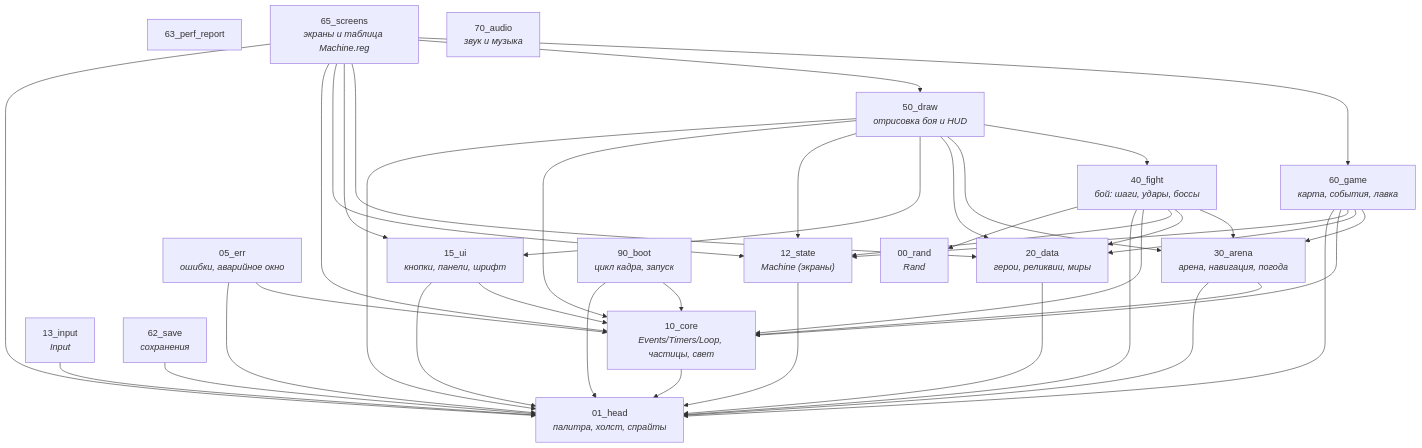
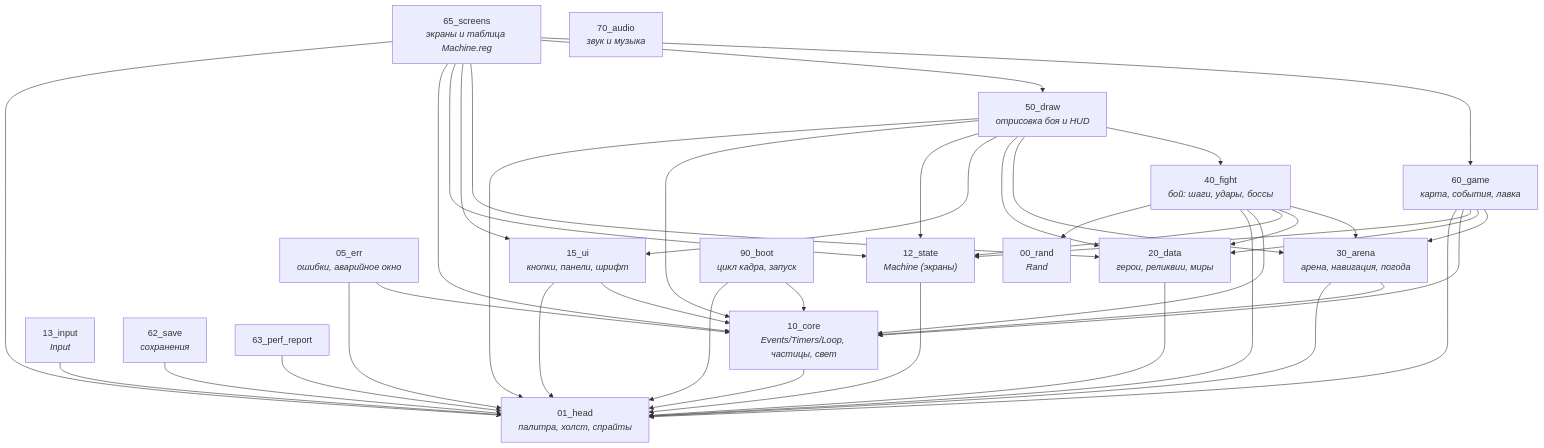
Before and after one commit to pampirapik2008-del/-: the first of 2 diagrams in docs/ARCHITECTURE.md, drawn with Mermaid. The commit also changed other lines of this file and 12 other files, not shown here.

````diff
--- a/docs/ARCHITECTURE.md
+++ b/docs/ARCHITECTURE.md
@@ -53,58 +53,59 @@
 ```mermaid
 flowchart TB
     00_rand["00_rand<br/><i>Rand</i>"]
     01_head["01_head<br/><i>палитра, холст, спрайты</i>"]
     05_err["05_err<br/><i>ошибки, аварийное окно</i>"]
     10_core["10_core<br/><i>Events/Timers/Loop, частицы, свет</i>"]
     12_state["12_state<br/><i>Machine (экраны)</i>"]
     13_input["13_input<br/><i>Input</i>"]
     15_ui["15_ui<br/><i>кнопки, панели, шрифт</i>"]
     20_data["20_data<br/><i>герои, реликвии, миры</i>"]
     30_arena["30_arena<br/><i>арена, навигация, погода</i>"]
     40_fight["40_fight<br/><i>бой: шаги, удары, боссы</i>"]
     50_draw["50_draw<br/><i>отрисовка боя и HUD</i>"]
     60_game["60_game<br/><i>карта, события, лавка</i>"]
     62_save["62_save<br/><i>сохранения</i>"]
     63_perf_report["63_perf_report<br/><i></i>"]
     65_screens["65_screens<br/><i>экраны и таблица Machine.reg</i>"]
     70_audio["70_audio<br/><i>звук и музыка</i>"]
     90_boot["90_boot<br/><i>цикл кадра, запуск</i>"]
     05_err --> 01_head
     05_err --> 10_core
     10_core --> 01_head
     12_state --> 01_head
     13_input --> 01_head
     15_ui --> 01_head
     15_ui --> 10_core
     20_data --> 01_head
     30_arena --> 01_head
     30_arena --> 10_core
     40_fight --> 00_rand
     40_fight --> 01_head
     40_fight --> 10_core
     40_fight --> 12_state
     40_fight --> 20_data
     40_fight --> 30_arena
     50_draw --> 01_head
     50_draw --> 10_core
     50_draw --> 12_state
     50_draw --> 15_ui
     50_draw --> 20_data
     50_draw --> 30_arena
     50_draw --> 40_fight
     60_game --> 01_head
     60_game --> 10_core
     60_game --> 12_state
     60_game --> 20_data
     60_game --> 30_arena
     62_save --> 01_head
+    63_perf_report --> 01_head
     65_screens --> 01_head
     65_screens --> 10_core
     65_screens --> 12_state
     65_screens --> 15_ui
     65_screens --> 20_data
     65_screens --> 50_draw
     65_screens --> 60_game
     90_boot --> 01_head
     90_boot --> 10_core
 ```
````
